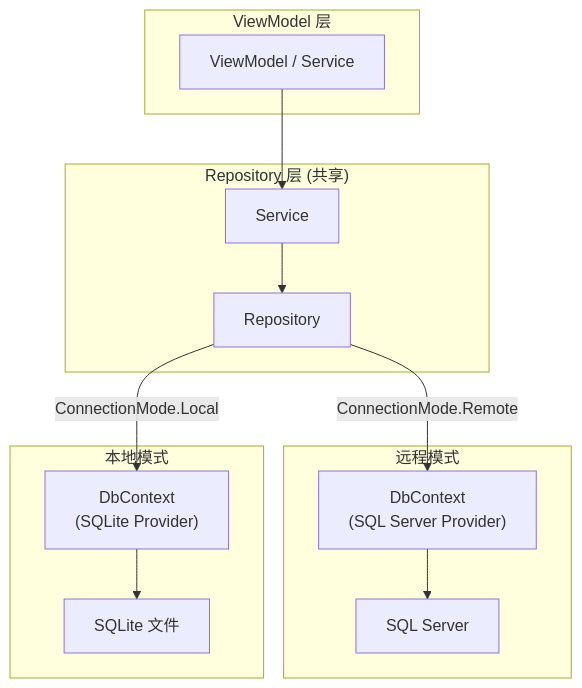
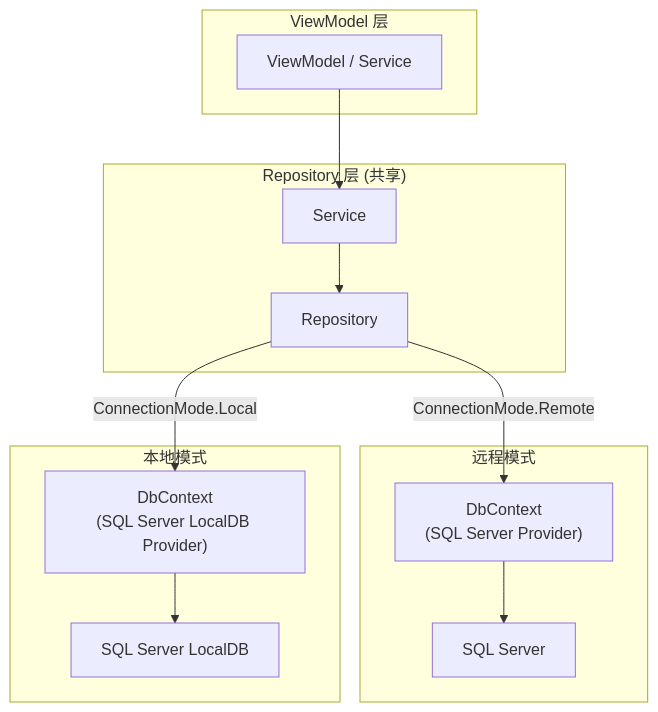
The first of 2 diagrams in docs/03-architecture/dual-mode.md (shouqitao/LYBTZYZS), drawn with Mermaid before and after one commit. The commit also changed other lines of this file and 7 other files, not shown here.

First line of the commit message:
refactor: migrate local mode from SQLite to SQL Server LocalDB

````diff
--- a/docs/03-architecture/dual-mode.md
+++ b/docs/03-architecture/dual-mode.md
@@ -19,28 +19,28 @@
 ```mermaid
 graph TB
     subgraph VM["ViewModel 层"]
         BL["ViewModel / Service"]
     end
 
     subgraph REPO["Repository 层 (共享)"]
         R["Repository"]
         SVC["Service"]
     end
 
     BL --> SVC --> R
 
     R -->|"ConnectionMode.Remote"| RemoteCtx
     R -->|"ConnectionMode.Local"| LocalCtx
 
     subgraph Remote["远程模式"]
         RemoteCtx["DbContext<br>(SQL Server Provider)"]
         SQL["SQL Server"]
         RemoteCtx --> SQL
     end
 
     subgraph Local["本地模式"]
-        LocalCtx["DbContext<br>(SQLite Provider)"]
-        SQLite["SQLite 文件"]
-        LocalCtx --> SQLite
+        LocalCtx["DbContext<br>(SQL Server LocalDB Provider)"]
+        LocalDB["SQL Server LocalDB"]
+        LocalCtx --> LocalDB
     end
 ```
````
